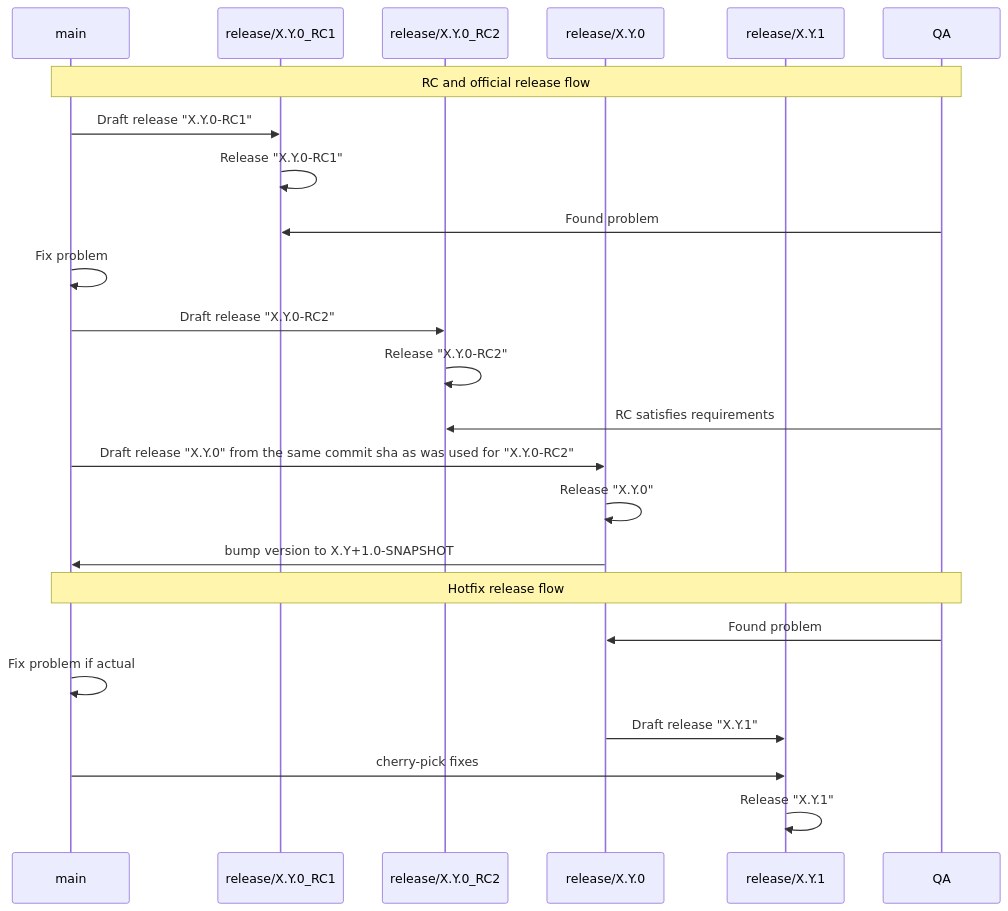
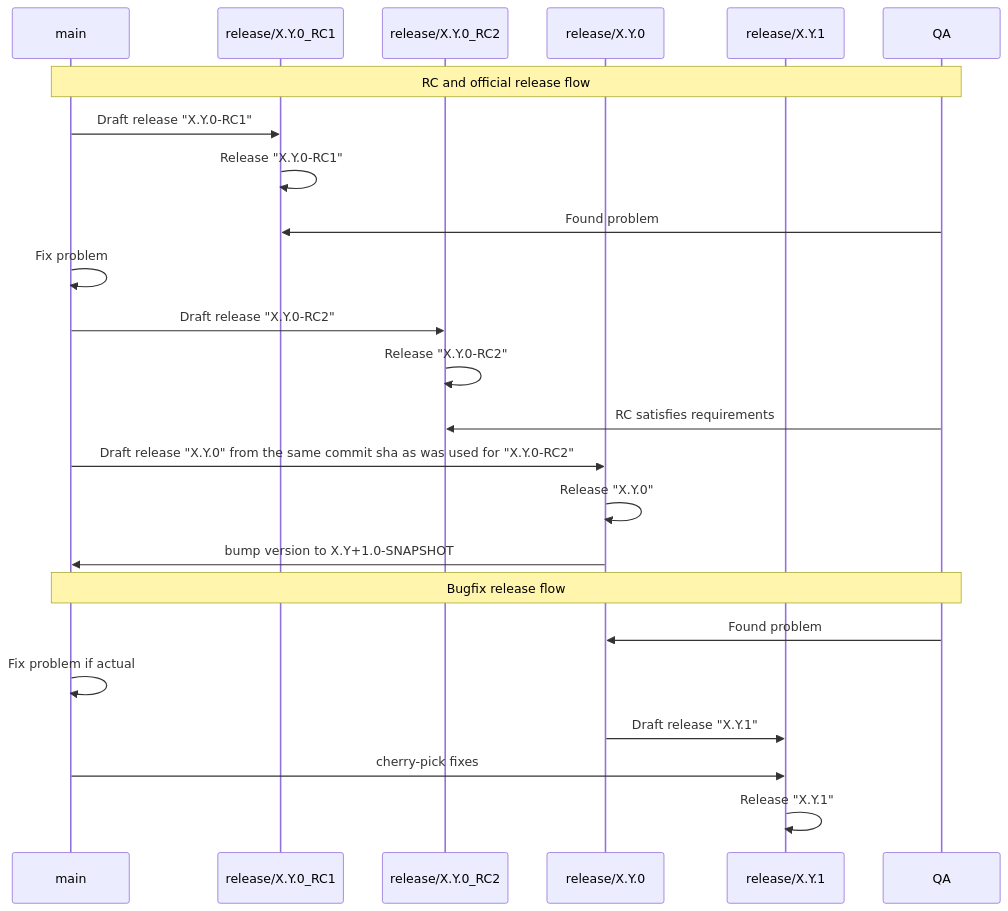
Before and after one commit to eclipse-tractusx/tractusx-edc: the diagram in docs/development/decision-records/2025-05-26-release-process/README.md, drawn with Mermaid. The commit also changed other lines of this file, not shown here.

````diff
--- a/docs/development/decision-records/2025-05-26-release-process/README.md
+++ b/docs/development/decision-records/2025-05-26-release-process/README.md
@@ -22,30 +26,30 @@
 ```mermaid
 sequenceDiagram
 participant main
 participant release/X.Y.0_RC1
 participant release/X.Y.0_RC2
 participant release/X.Y.0
 participant release/X.Y.1
 participant QA
 
 Note over main, QA: RC and official release flow
 main ->> release/X.Y.0_RC1 : Draft release "X.Y.0-RC1"
 release/X.Y.0_RC1 ->> release/X.Y.0_RC1 : Release "X.Y.0-RC1"
 QA ->> release/X.Y.0_RC1 : Found problem
 main ->> main : Fix problem
 
 main ->> release/X.Y.0_RC2 : Draft release "X.Y.0-RC2"
 release/X.Y.0_RC2 ->> release/X.Y.0_RC2 : Release "X.Y.0-RC2"
 QA ->> release/X.Y.0_RC2 : RC satisfies requirements
 
 main ->> release/X.Y.0 : Draft release "X.Y.0" from the same commit sha as was used for "X.Y.0-RC2"
 release/X.Y.0 ->> release/X.Y.0 : Release "X.Y.0"
 release/X.Y.0 ->> main : bump version to X.Y+1.0-SNAPSHOT
 
-Note over main, QA: Hotfix release flow
+Note over main, QA: Bugfix release flow
 QA ->> release/X.Y.0 : Found problem
 main ->> main : Fix problem if actual
 release/X.Y.0 ->> release/X.Y.1 : Draft release "X.Y.1"
 main ->> release/X.Y.1 : cherry-pick fixes
 release/X.Y.1 ->> release/X.Y.1 : Release "X.Y.1"
 ```
````
